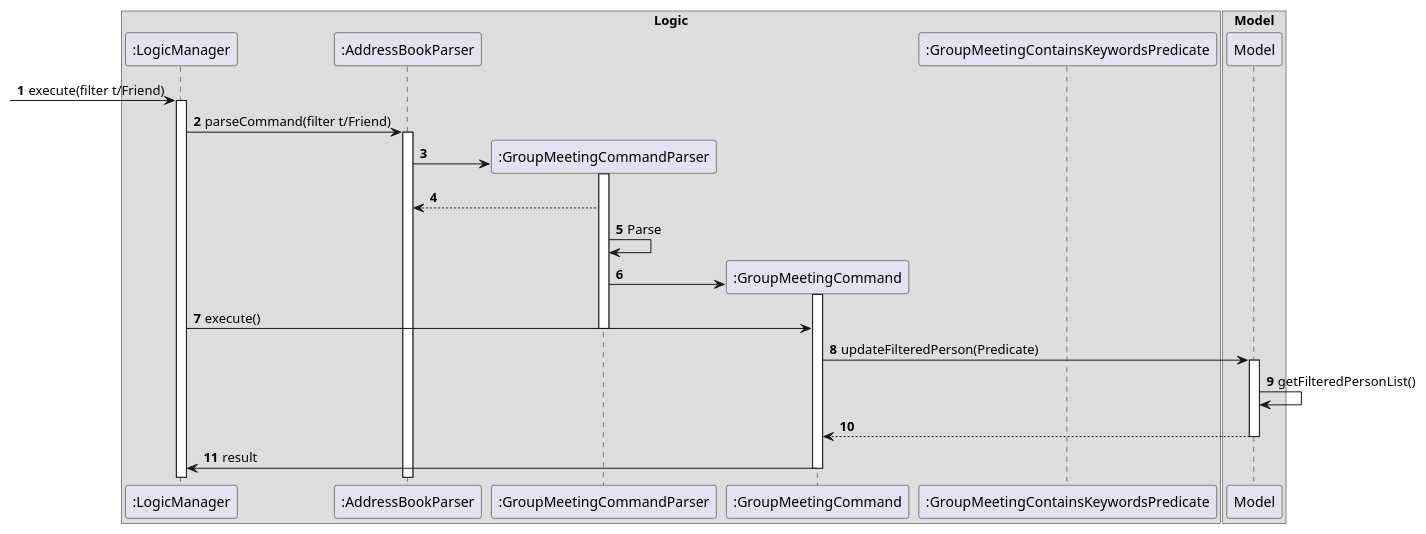
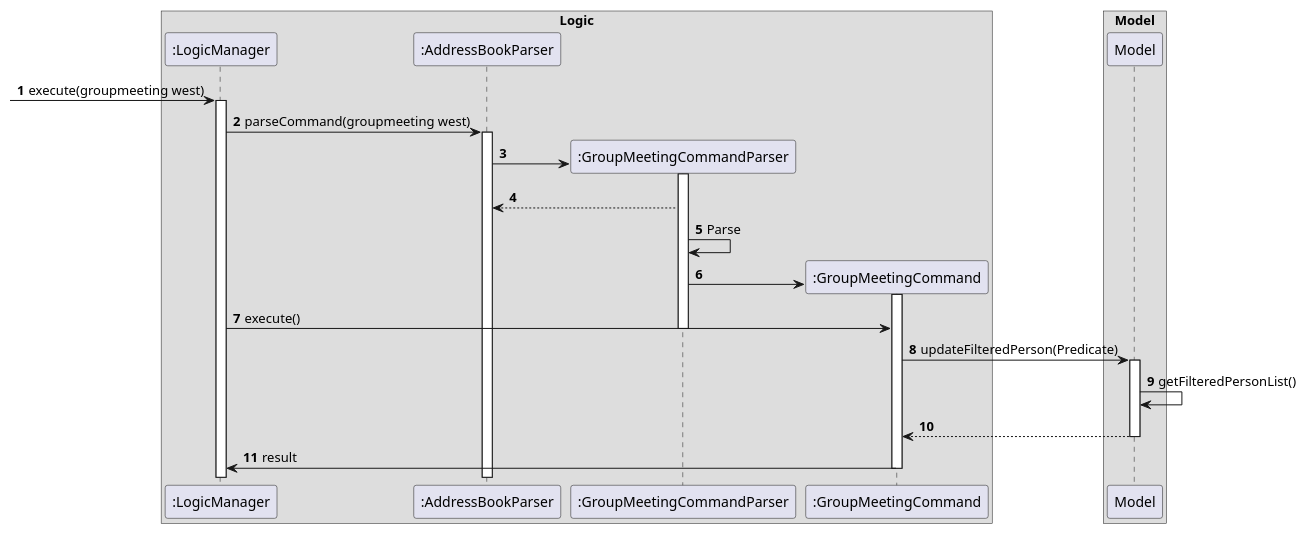
Before and after one commit to AY2324S1-CS2103-W14-1/tp: the diagram in diagrams/GroupMeetingSequenceDiagram.puml, drawn with PlantUML. The commit also changed 36 other files, not shown here.

```diff
--- a/diagrams/GroupMeetingSequenceDiagram.puml
+++ b/diagrams/GroupMeetingSequenceDiagram.puml
@@ -1,43 +1,42 @@
 @startuml
 'https://plantuml.com/sequence-diagram
 
 box Logic
 participant ":LogicManager" as LogicManager
 participant ":AddressBookParser" as AddressBookParser
 participant ":GroupMeetingCommandParser" as GroupMeetingCommandParser
 participant ":GroupMeetingCommand" as GroupMeetingCommand
-participant ":GroupMeetingContainsKeywordsPredicate" as GroupMeetingContainsKeywordsPredicate
 end box
 
 autonumber
-[->LogicManager : execute(filter t/Friend)
+[->LogicManager : execute(groupmeeting west)
 activate LogicManager
 
-LogicManager -> AddressBookParser : parseCommand(filter t/Friend)
+LogicManager -> AddressBookParser : parseCommand(groupmeeting west)
 activate AddressBookParser
 
 create GroupMeetingCommandParser
 AddressBookParser -> GroupMeetingCommandParser:
 activate GroupMeetingCommandParser
 
 GroupMeetingCommandParser --> AddressBookParser
 GroupMeetingCommandParser -> GroupMeetingCommandParser : Parse
 
 create GroupMeetingCommand
 GroupMeetingCommandParser -> GroupMeetingCommand
 activate GroupMeetingCommand
 LogicManager -> GroupMeetingCommand : execute()
 deactivate GroupMeetingCommandParser
 
 GroupMeetingCommand -> Model : updateFilteredPerson(Predicate)
 activate Model
 Model -> Model : getFilteredPersonList()
 Model --> GroupMeetingCommand
 deactivate Model
 LogicManager <- GroupMeetingCommand: result
 deactivate GroupMeetingCommand
 
 box Model
 participant ":Model" as Model
 end box
 @enduml
```
